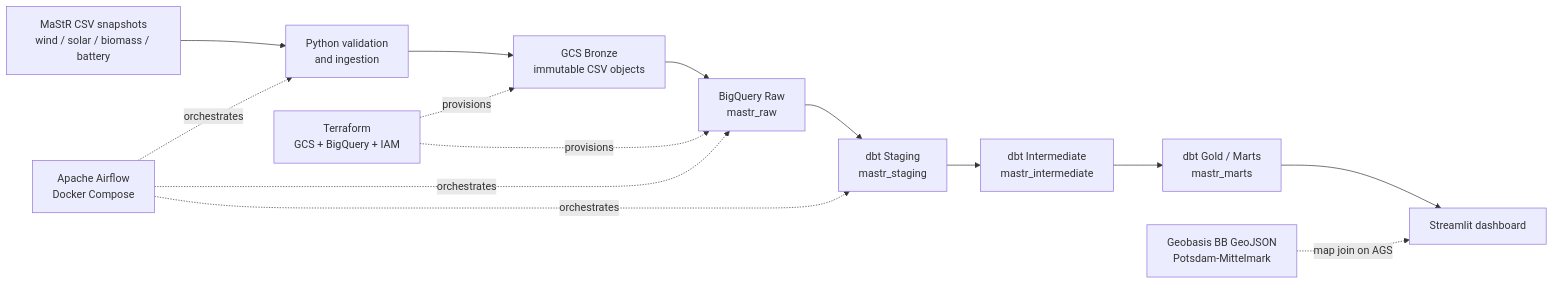
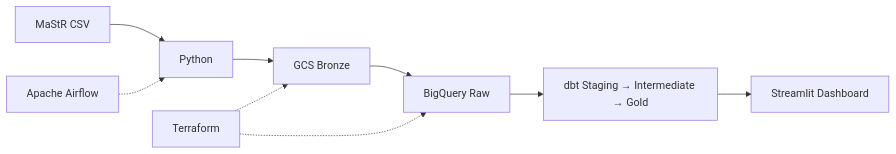
Before and after one commit to anyarlene/mastr-project: the diagram in README.md, drawn with Mermaid. The commit also changed other lines of this file and 8 other files, not shown here.

````diff
--- a/README.md
+++ b/README.md
@@ -13,29 +11,11 @@
 ```mermaid
 flowchart LR
-  CSV["MaStR CSV snapshots<br/>wind / solar / biomass / battery"]
-  PY["Python validation<br/>and ingestion"]
-  GCS["GCS Bronze<br/>immutable CSV objects"]
-  BQRaw["BigQuery Raw<br/>mastr_raw"]
-  STG["dbt Staging<br/>mastr_staging"]
-  INT["dbt Intermediate<br/>mastr_intermediate"]
-  GOLD["dbt Gold / Marts<br/>mastr_marts"]
-  DASH["Streamlit dashboard"]
-  GEO["Geobasis BB GeoJSON<br/>Potsdam-Mittelmark"]
-  AF["Apache Airflow<br/>Docker Compose"]
-  TF["Terraform<br/>GCS + BigQuery + IAM"]
-
-  CSV --> PY
-  PY --> GCS
-  GCS --> BQRaw
-  BQRaw --> STG
-  STG --> INT
-  INT --> GOLD
-  GOLD --> DASH
-  GEO -.->|"map join on AGS"| DASH
-
-  AF -.->|"orchestrates"| PY
-  AF -.->|"orchestrates"| BQRaw
-  AF -.->|"orchestrates"| STG
-  TF -.->|"provisions"| GCS
-  TF -.->|"provisions"| BQRaw
+    CSV["MaStR CSV"] --> PY["Python"]
+    PY --> GCS["GCS Bronze"]
+    GCS --> BQ["BigQuery Raw"]
+    BQ --> DBT["dbt Staging → Intermediate → Gold"]
+    DBT --> DASH["Streamlit Dashboard"]
+    AF["Apache Airflow"] -.-> PY
+    TF["Terraform"] -.-> GCS
+    TF -.-> BQ
 ```
````
